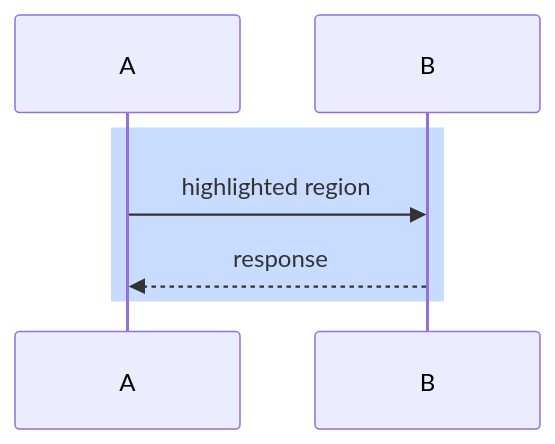
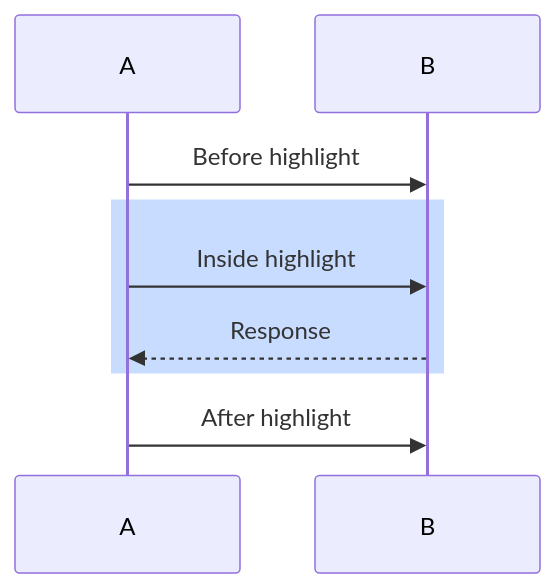
Before and after one commit to andrewgepearce/sequencer-svg: the sixth of 9 diagrams in README.md, drawn with Mermaid. The commit also changed other lines of this file and 32 other files, not shown here.

First line of the commit message:
docs: add transformed YAML and SVG for all Mermaid examples

````diff
--- a/README.md
+++ b/README.md
@@ -562,7 +647,11 @@
 ```mermaid
 sequenceDiagram
+    participant A
+    participant B
+    A->>B: Before highlight
     rect rgb(200, 220, 255)
-        A->>B: highlighted region
-        B-->>A: response
+        A->>B: Inside highlight
+        B-->>A: Response
     end
+    A->>B: After highlight
 ```
````
